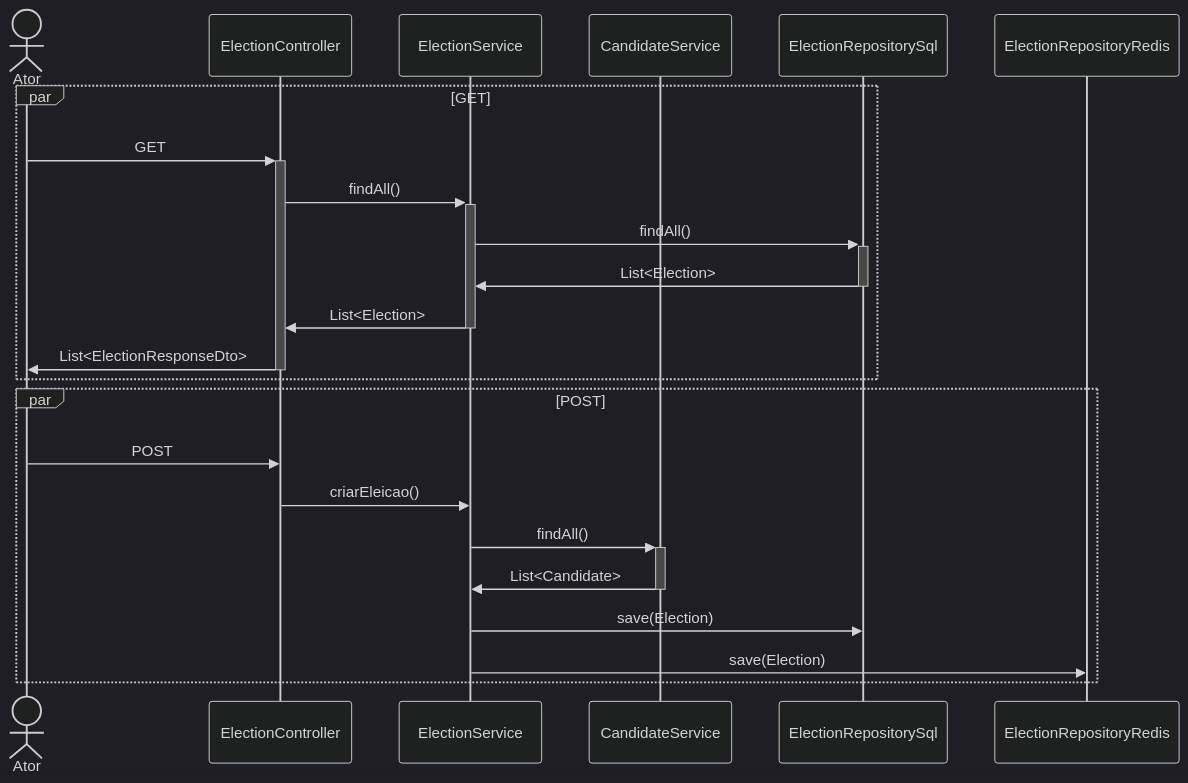
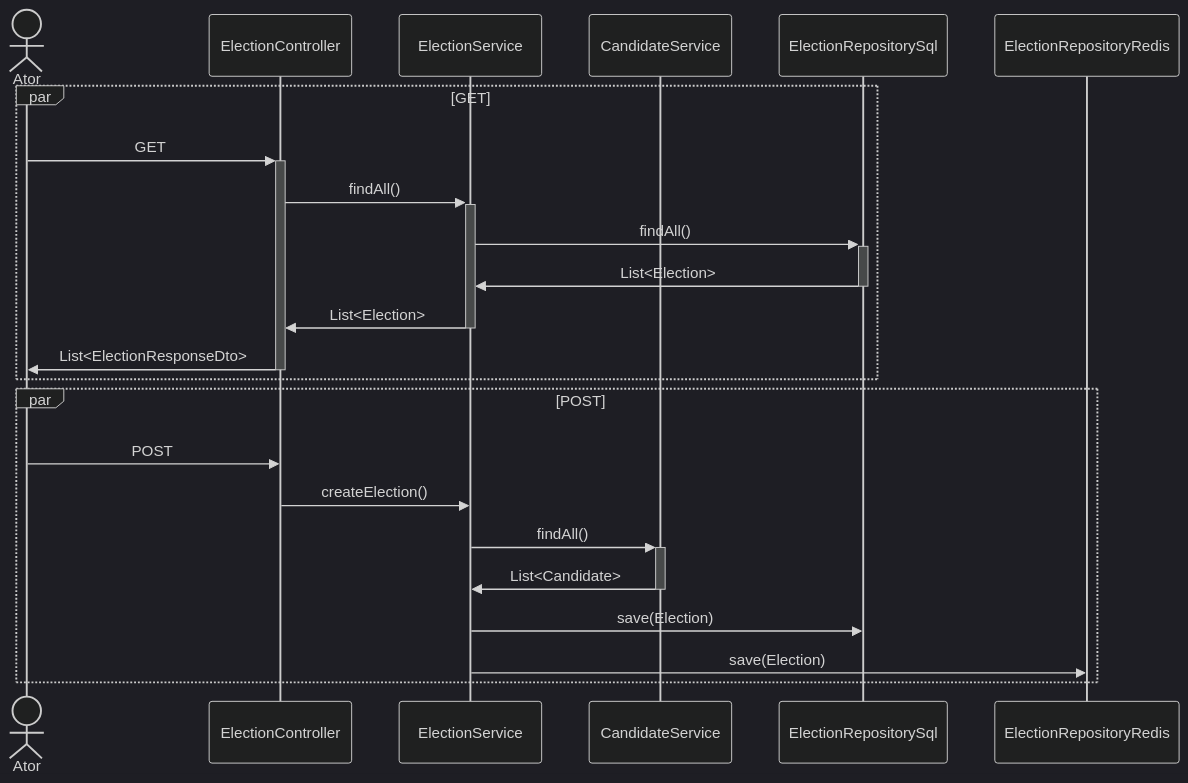
One commit to alberto-yano/dio-lab-quarkus changed the second of 4 diagrams in README.md. Above: the diagram before and after it, drawn with Mermaid (dark theme). The commit also changed other lines of this file, not shown here.

````diff
--- a/README.md
+++ b/README.md
@@ -124,25 +124,25 @@
 ```mermaid
 sequenceDiagram
     par GET
         actor Ator
         participant ElectionController
         participant ElectionService
         participant CandidateService
         participant ElectionRepositorySql
         participant ElectionRepositoryRedis
         Ator ->>+ ElectionController: GET
         ElectionController ->>+ ElectionService: findAll()
         ElectionService ->>+ ElectionRepositorySql: findAll()
         ElectionRepositorySql ->>- ElectionService: List<Election>
         ElectionService ->>- ElectionController: List<Election>
         ElectionController ->>- Ator: List<ElectionResponseDto>
     end
     par POST
         Ator ->> ElectionController: POST
-        ElectionController ->> ElectionService: criarEleicao()
+        ElectionController ->> ElectionService: createElection()
         ElectionService ->>+ CandidateService: findAll()
         CandidateService ->>- ElectionService: List<Candidate>
         ElectionService ->> ElectionRepositorySql: save(Election)
         ElectionService ->> ElectionRepositoryRedis: save(Election)
     end
 ```
````
